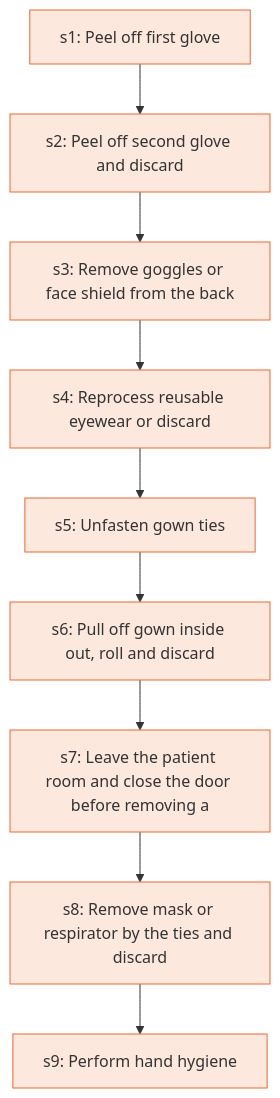
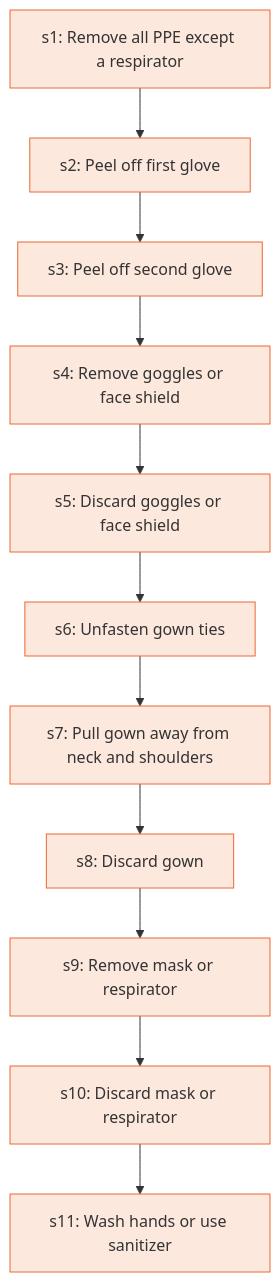
One commit to Jitesh-Mishra/sop-to-agent-workflows changed the diagram in docs/runbooks/cdc_ppe_doffing.md. Above: the diagram before and after it, drawn with Mermaid. The commit also changed other lines of this file and 172 other files, not shown here.

````diff
--- a/docs/runbooks/cdc_ppe_doffing.md
+++ b/docs/runbooks/cdc_ppe_doffing.md
@@ -7,23 +7,27 @@
 ```mermaid
 flowchart TD
-  s1["s1: Peel off first glove"]
-  s2["s2: Peel off second glove and discard"]
-  s3["s3: Remove goggles or face shield from the back"]
-  s4["s4: Reprocess reusable eyewear or discard"]
-  s5["s5: Unfasten gown ties"]
-  s6["s6: Pull off gown inside out, roll and discard"]
-  s7["s7: Leave the patient room and close the door before removing a "]
-  s8["s8: Remove mask or respirator by the ties and discard"]
-  s9["s9: Perform hand hygiene"]
+  s1["s1: Remove all PPE except a respirator"]
+  s2["s2: Peel off first glove"]
+  s3["s3: Peel off second glove"]
+  s4["s4: Remove goggles or face shield"]
+  s5["s5: Discard goggles or face shield"]
+  s6["s6: Unfasten gown ties"]
+  s7["s7: Pull gown away from neck and shoulders"]
+  s8["s8: Discard gown"]
+  s9["s9: Remove mask or respirator"]
+  s10["s10: Discard mask or respirator"]
+  s11["s11: Wash hands or use sanitizer"]
   s1 --> s2
   s2 --> s3
   s3 --> s4
   s4 --> s5
   s5 --> s6
   s6 --> s7
   s7 --> s8
   s8 --> s9
+  s9 --> s10
+  s10 --> s11
   classDef agent fill:#e3eefb,stroke:#2a78d6
   classDef human fill:#fde8de,stroke:#eb6834
-  class s1,s2,s3,s4,s5,s6,s7,s8,s9 human
+  class s1,s2,s3,s4,s5,s6,s7,s8,s9,s10,s11 human
 ```
````
